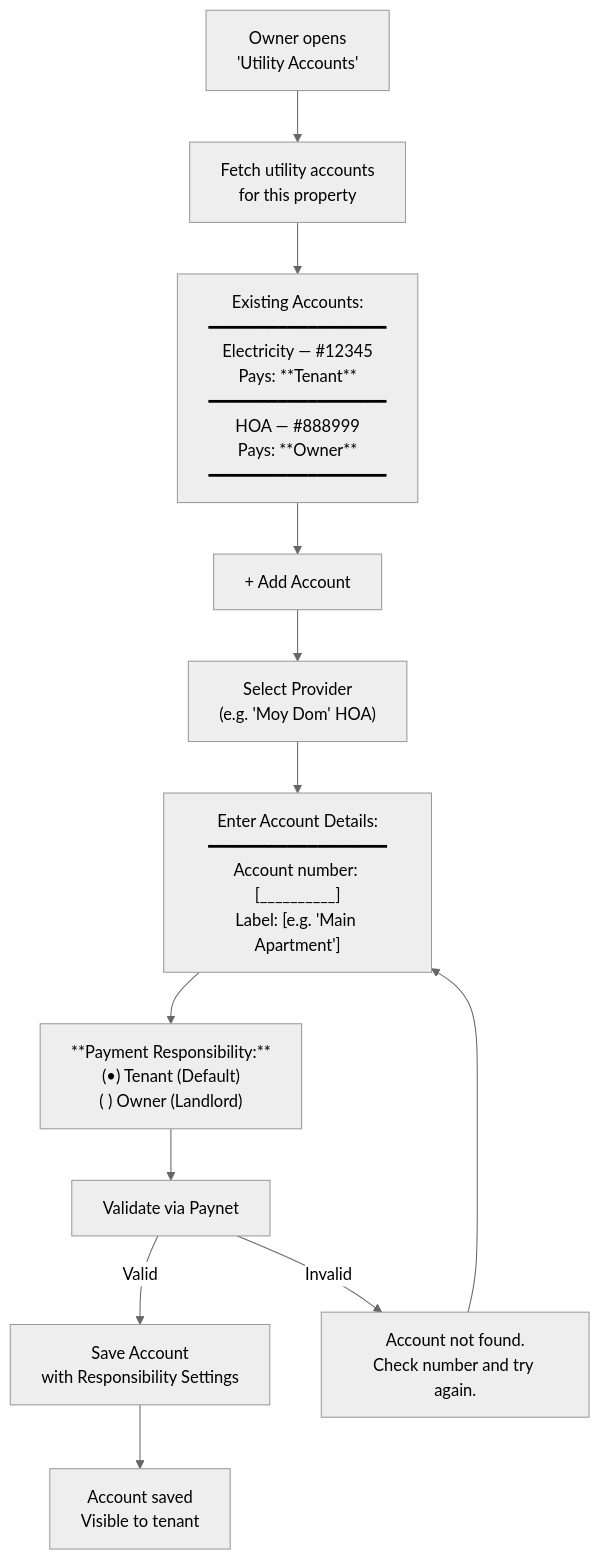
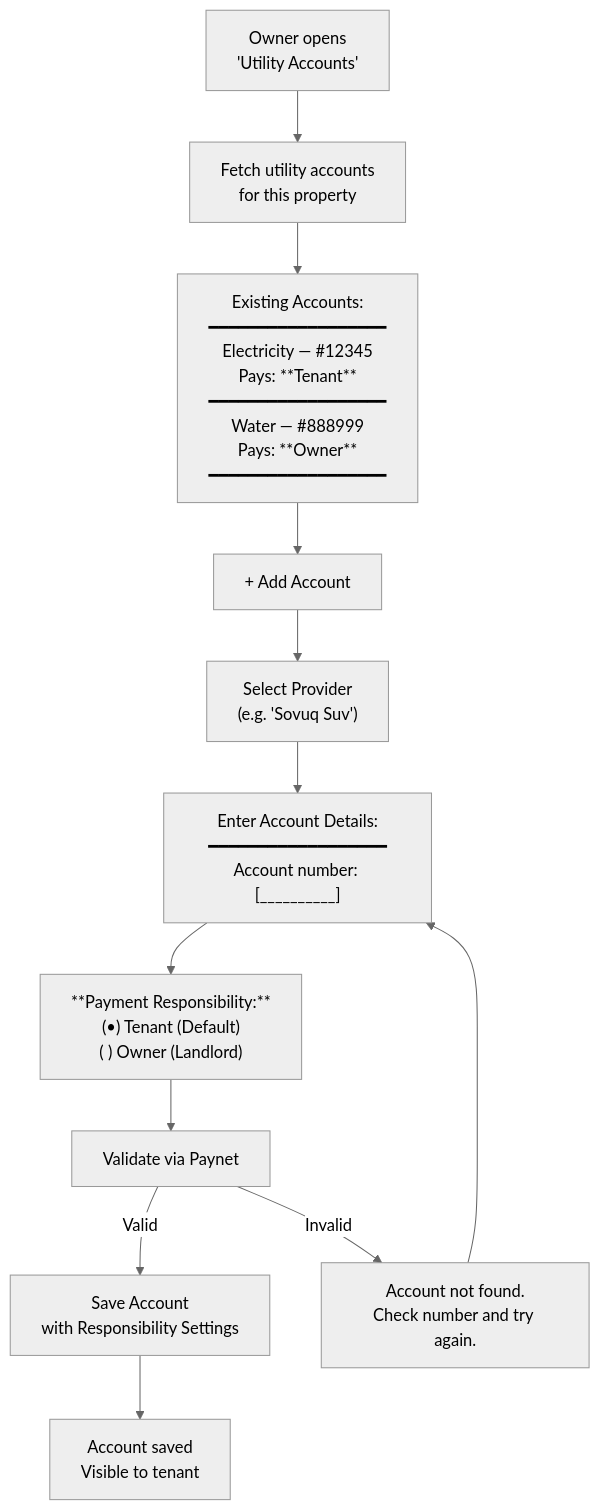
The sixth of 10 diagrams in Utilities - Business Owner.md (saodatm-dev/Utilities---Informational-Architecture), drawn with Mermaid (neutral theme) before and after one commit. The commit also changed other lines of this file and 2 other files, not shown here.

Commit message:
refactor: streamline owner bill payment to single selection and clarify meter reading submission flow.

````diff
--- a/Utilities - Business Owner.md
+++ b/Utilities - Business Owner.md
@@ -182,22 +180,22 @@
 ```mermaid
 flowchart TD
     ACCOUNTS["Owner opens<br/>'Utility Accounts'"] --> LOAD["Fetch utility accounts<br/>for this property"]
 
-    LOAD --> LIST["Existing Accounts:<br/>━━━━━━━━━━━━━━━━━━<br/>Electricity — #12345<br/>  Pays: **Tenant**<br/>━━━━━━━━━━━━━━━━━━<br/>HOA — #888999<br/>  Pays: **Owner**<br/>━━━━━━━━━━━━━━━━━━"]
+    LOAD --> LIST["Existing Accounts:<br/>━━━━━━━━━━━━━━━━━━<br/>Electricity — #12345<br/>  Pays: **Tenant**<br/>━━━━━━━━━━━━━━━━━━<br/>Water — #888999<br/>  Pays: **Owner**<br/>━━━━━━━━━━━━━━━━━━"]
 
     LIST --> ADD["+ Add Account"]
 
-    ADD --> PROVIDER["Select Provider<br/>(e.g. 'Moy Dom' HOA)"]
+    ADD --> PROVIDER["Select Provider<br/>(e.g. 'Sovuq Suv')"]
 
-    PROVIDER --> INPUT_ACC["Enter Account Details:<br/>━━━━━━━━━━━━━━━━━━<br/>Account number: [__________]<br/>Label: [e.g. 'Main Apartment']"]
+    PROVIDER --> INPUT_ACC["Enter Account Details:<br/>━━━━━━━━━━━━━━━━━━<br/>Account number: [__________]"]
 
     INPUT_ACC --> RESP_TOGGLE["**Payment Responsibility:**<br/>(•) Tenant (Default)<br/>( ) Owner (Landlord)"]
 
     RESP_TOGGLE --> VALIDATE["Validate via Paynet"]
 
     VALIDATE -->|"Valid"| SAVE["Save Account<br/>with Responsibility Settings"]
     VALIDATE -->|"Invalid"| NOT_FOUND["Account not found.<br/>Check number and try again."]
     NOT_FOUND --> INPUT_ACC
 
     SAVE --> SAVED["Account saved<br/>Visible to tenant"]
 ```
````
